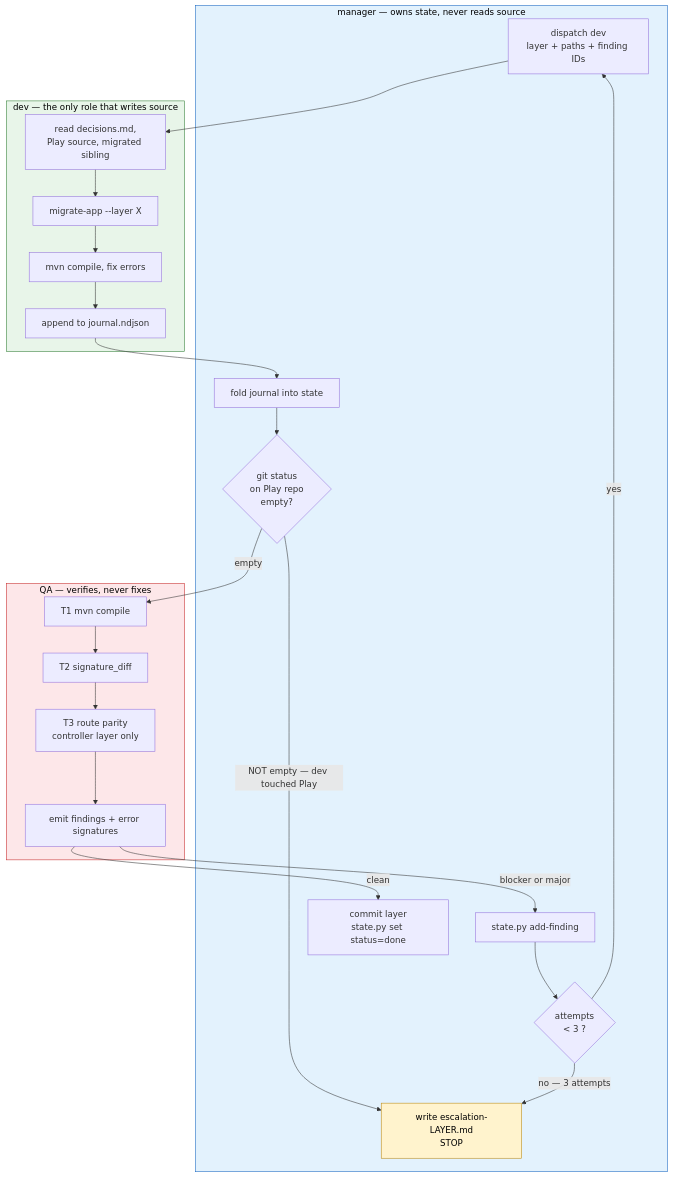
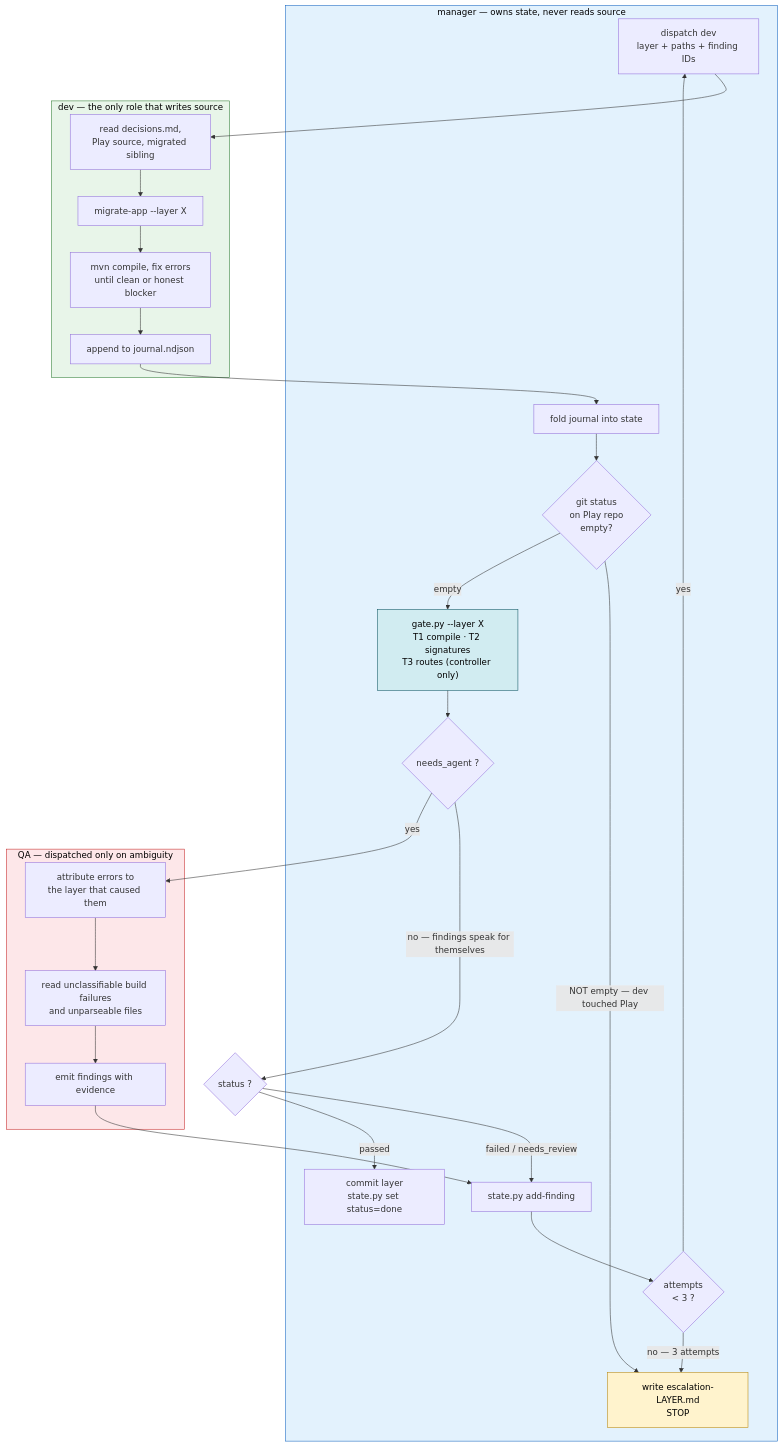
Before and after one commit to skarin7/play-to-springboot: the second of 6 diagrams in docs/FLOW.md, drawn with Mermaid. The commit also changed other lines of this file and 20 other files, not shown here.

````diff
--- a/docs/FLOW.md
+++ b/docs/FLOW.md
@@ -60,44 +68,50 @@
 ```mermaid
 flowchart TD
     subgraph MGR["manager — owns state, never reads source"]
         DISPATCH["dispatch dev<br/>layer + paths + finding IDs"]
         FOLD["fold journal into state"]
         GUARD{"git status<br/>on Play repo<br/>empty?"}
+        GATE["gate.py --layer X<br/>T1 compile · T2 signatures<br/>T3 routes (controller only)"]
+        NEED{"needs_agent ?"}
         RECORD["state.py add-finding"]
         COUNT{"attempts<br/>&lt; 3 ?"}
         COMMIT["commit layer<br/>state.py set status=done"]
         ESC["write escalation-LAYER.md<br/>STOP"]
     end
 
     subgraph DEV["dev — the only role that writes source"]
         D1["read decisions.md,<br/>Play source, migrated sibling"]
         D2["migrate-app --layer X"]
-        D3["mvn compile, fix errors"]
+        D3["mvn compile, fix errors<br/>until clean or honest blocker"]
         D4["append to journal.ndjson"]
     end
 
-    subgraph QA["QA — verifies, never fixes"]
-        Q1["T1 mvn compile"]
-        Q2["T2 signature_diff"]
-        Q3["T3 route parity<br/>controller layer only"]
-        Q4["emit findings + error signatures"]
+    subgraph QA["QA — dispatched only on ambiguity"]
+        Q1["attribute errors to<br/>the layer that caused them"]
+        Q2["read unclassifiable build failures<br/>and unparseable files"]
+        Q3["emit findings with evidence"]
     end
 
     DISPATCH --> D1 --> D2 --> D3 --> D4
     D4 --> FOLD --> GUARD
     GUARD -->|"NOT empty — dev touched Play"| ESC
-    GUARD -->|empty| Q1
-    Q1 --> Q2 --> Q3 --> Q4
+    GUARD -->|empty| GATE
+    GATE --> NEED
 
-    Q4 -->|"blocker or major"| RECORD
-    Q4 -->|"clean"| COMMIT
+    NEED -->|"no — findings speak for themselves"| VERDICT{"status ?"}
+    NEED -->|"yes"| Q1
+    Q1 --> Q2 --> Q3 --> RECORD
+
+    VERDICT -->|"failed / needs_review"| RECORD
+    VERDICT -->|passed| COMMIT
 
     RECORD --> COUNT
     COUNT -->|yes| DISPATCH
     COUNT -->|"no — 3 attempts"| ESC
 
     style DEV fill:#e8f5e9,stroke:#2e7d32,color:#000
     style QA fill:#fde7e9,stroke:#c62828,color:#000
     style MGR fill:#e3f2fd,stroke:#1565c0,color:#000
     style ESC fill:#fff3cd,stroke:#b8860b,color:#000
+    style GATE fill:#d1ecf1,stroke:#0c5460,color:#000
 ```
````
